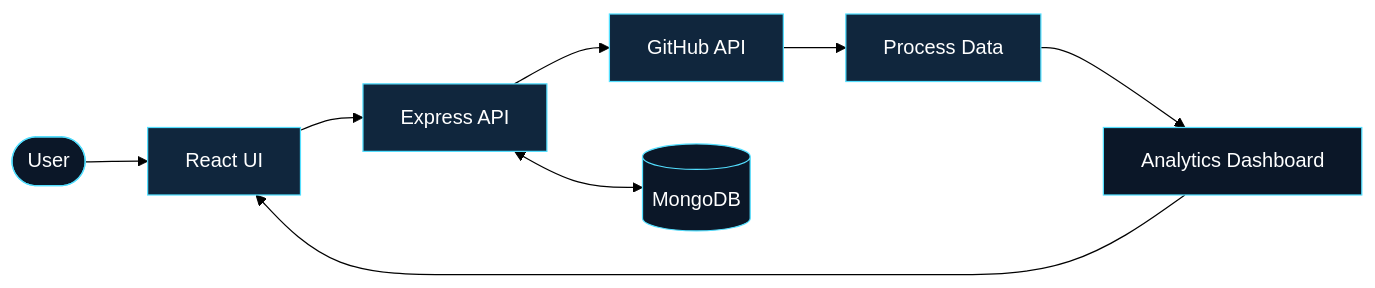
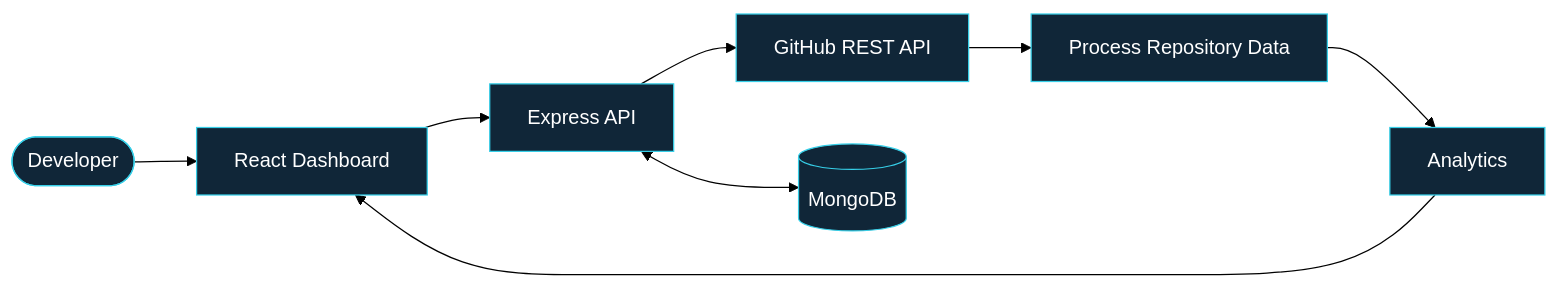
Before and after one commit to Priyanka170974/Priyanka170974: the first of 2 diagrams in README.md, drawn with Mermaid (forest theme). The commit also changed other lines of this file, not shown here.

````diff
--- a/README.md
+++ b/README.md
@@ -48,18 +44,18 @@
 ```mermaid
 flowchart LR
-    A([User]) --> B[React UI]
+    A([Developer]) --> B[React Dashboard]
     B --> C[Express API]
-    C --> D[GitHub API]
+    C --> D[GitHub REST API]
     C <--> E[(MongoDB)]
-    D --> F[Process Data]
-    F --> G[Analytics Dashboard]
+    D --> F[Process Repository Data]
+    F --> G[Analytics]
     G --> B
 
-    style A fill:#0B1728,stroke:#53DFFF,color:#FFFFFF
-    style B fill:#10263D,stroke:#53DFFF,color:#FFFFFF
-    style C fill:#10263D,stroke:#53DFFF,color:#FFFFFF
-    style D fill:#10263D,stroke:#53DFFF,color:#FFFFFF
-    style E fill:#0B1728,stroke:#53DFFF,color:#FFFFFF
-    style F fill:#10263D,stroke:#53DFFF,color:#FFFFFF
-    style G fill:#0B1728,stroke:#53DFFF,color:#FFFFFF
+    style A fill:#102638,stroke:#36CFE8,color:#FFFFFF
+    style B fill:#102638,stroke:#36CFE8,color:#FFFFFF
+    style C fill:#102638,stroke:#36CFE8,color:#FFFFFF
+    style D fill:#102638,stroke:#36CFE8,color:#FFFFFF
+    style E fill:#102638,stroke:#36CFE8,color:#FFFFFF
+    style F fill:#102638,stroke:#36CFE8,color:#FFFFFF
+    style G fill:#102638,stroke:#36CFE8,color:#FFFFFF
 ```
````
